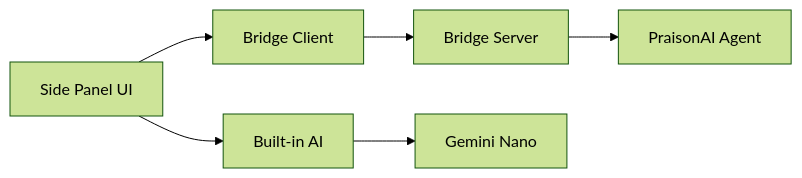
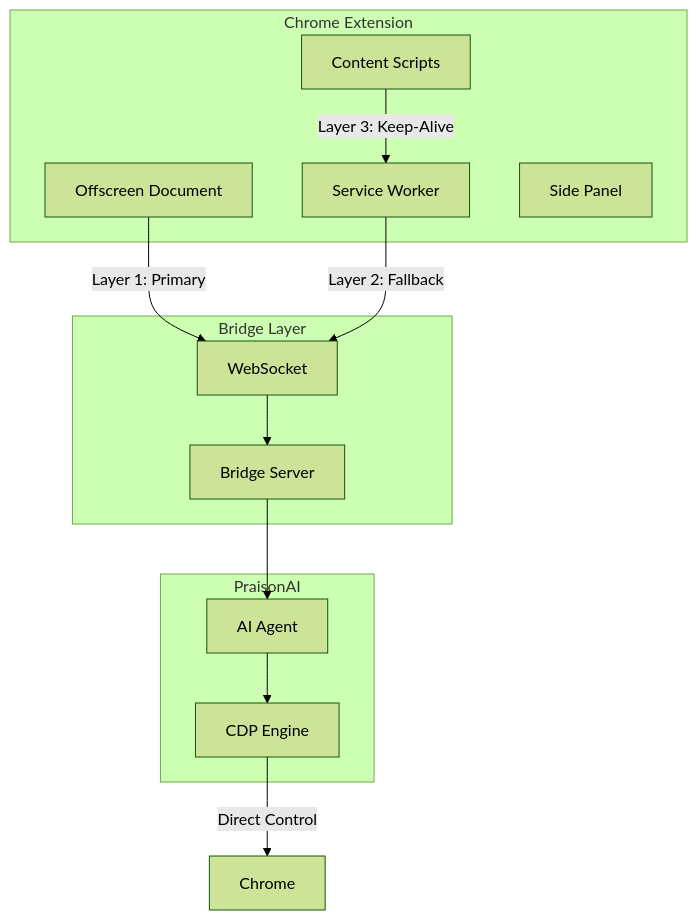
The diagram in docs/tools/chrome-extension.mdx (MervinPraison/PraisonAIDocs), drawn with Mermaid (forest theme) before and after one commit. The commit also changed other lines of this file and 18 other files, not shown here.

Commit message:
Add audio Polly, image providers, and example files; update RAG, memory, and chrome extension docs

````diff
--- a/docs/tools/chrome-extension.mdx
+++ b/docs/tools/chrome-extension.mdx
@@ -16,8 +16,27 @@
 ```mermaid
-graph LR
-    A[Side Panel UI] --> B[Bridge Client]
-    B --> C[Bridge Server]
-    C --> D[PraisonAI Agent]
-    A --> E[Built-in AI]
-    E --> F[Gemini Nano]
+graph TB
+    subgraph "Chrome Extension"
+        SW[Service Worker] 
+        OD[Offscreen Document]
+        CS[Content Scripts]
+        SP[Side Panel]
+    end
+    
+    subgraph "Bridge Layer"
+        WS[WebSocket]
+        BS[Bridge Server]
+    end
+    
+    subgraph "PraisonAI"
+        AG[AI Agent]
+        CDP[CDP Engine]
+    end
+    
+    OD -->|Layer 1: Primary| WS
+    SW -->|Layer 2: Fallback| WS
+    CS -->|Layer 3: Keep-Alive| SW
+    WS --> BS
+    BS --> AG
+    AG --> CDP
+    CDP -->|Direct Control| Chrome
 ```
````
